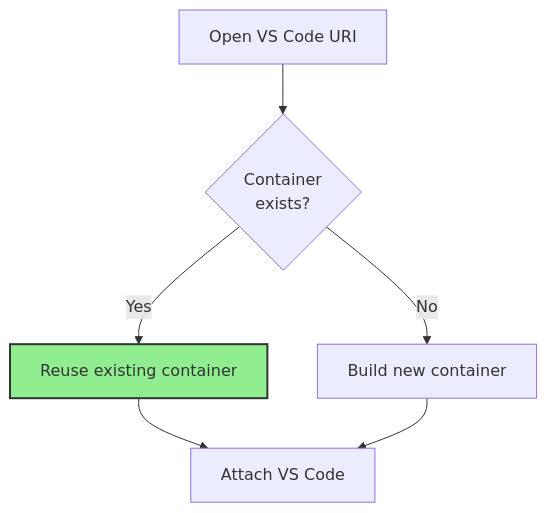
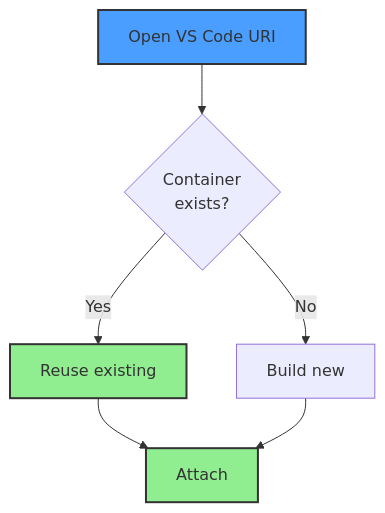
One commit to ManuelKugelmann/BitBot changed the fifth of 6 diagrams in sparc/3-architecture/diagrams/04-vscode-integration.md. Above: the diagram before and after it, drawn with Mermaid. The commit also changed other lines of this file and 5 other files, not shown here.

First line of the commit message:
Remove Docker from config mode in architecture diagrams

````diff
--- a/sparc/3-architecture/diagrams/04-vscode-integration.md
+++ b/sparc/3-architecture/diagrams/04-vscode-integration.md
@@ -228,16 +232,18 @@
 ```mermaid
 flowchart TD
     OPEN[Open VS Code URI]
     CHECK{Container<br/>exists?}
-    REUSE[Reuse existing container]
-    BUILD[Build new container]
-    ATTACH[Attach VS Code]
+    REUSE[Reuse existing]
+    BUILD[Build new]
+    ATTACH[Attach]
 
     OPEN --> CHECK
     CHECK -->|Yes| REUSE
     CHECK -->|No| BUILD
     REUSE --> ATTACH
     BUILD --> ATTACH
 
+    style OPEN fill:#4a9eff,stroke:#333,stroke-width:2px
     style REUSE fill:#90ee90,stroke:#333,stroke-width:2px
+    style ATTACH fill:#90ee90,stroke:#333,stroke-width:2px
 ```
````
